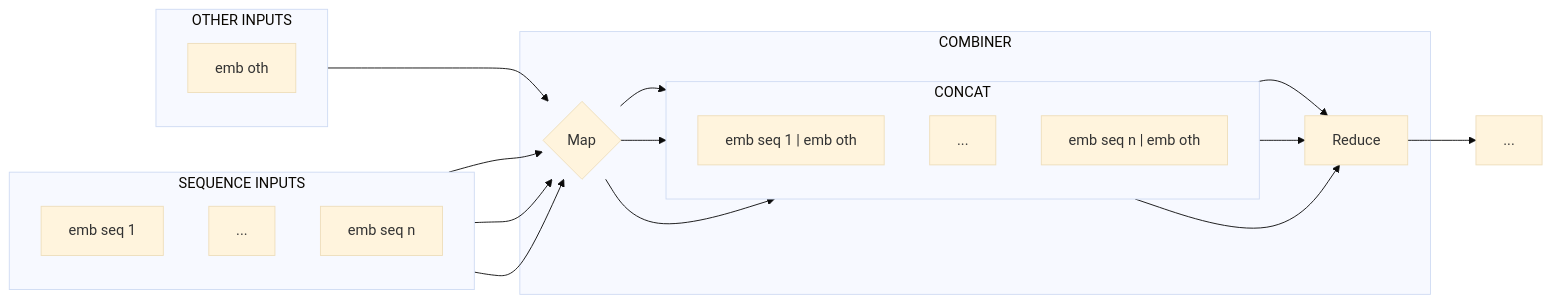
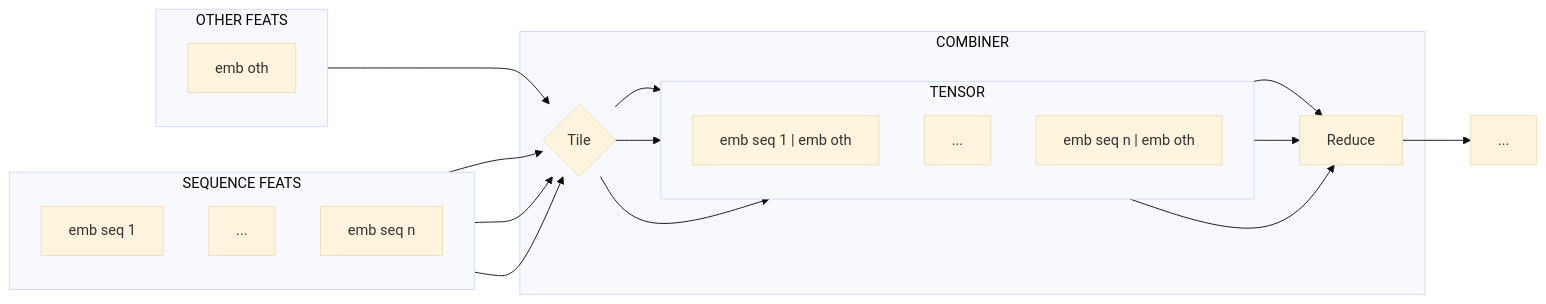
The second of 7 diagrams in docs/configuration/combiner.md (ludwig-ai/ludwig-docs), drawn with Mermaid (base theme) before and after one commit. The commit also changed other lines of this file, not shown here.

````diff
--- a/docs/configuration/combiner.md
+++ b/docs/configuration/combiner.md
@@ -46,37 +46,37 @@
 ``` mermaid
 graph LR
-  I1 --> X1{Map};
+  I1 --> X1{Tile};
   IK --> X1;
   IN --> X1;
   IO --> X1;
 
   X1 --> SC1;
   X1 --> SCK;
   X1 --> SCN;
 
   SC1 --> R[Reduce];
   SCK --> R;
   SCN --> R;
   R --> ...;
-  subgraph CONCAT
+  subgraph CONCAT["TENSOR"]
     direction TB
     SC1["emb seq 1 | emb oth" ];
     SCK[...];
     SCN["emb seq n | emb oth"];
   end
   subgraph COMBINER
   X1
   CONCAT
   R
   end
-  subgraph SF[SEQUENCE INPUTS]
+  subgraph SF[SEQUENCE FEATS]
   direction TB
   I1["emb seq 1" ];
   IK[...];
   IN["emb seq n"];
   end
-  subgraph OF[OTHER INPUTS]
+  subgraph OF[OTHER FEATS]
   direction TB
   IO["emb oth"]
   end
 ```
````
